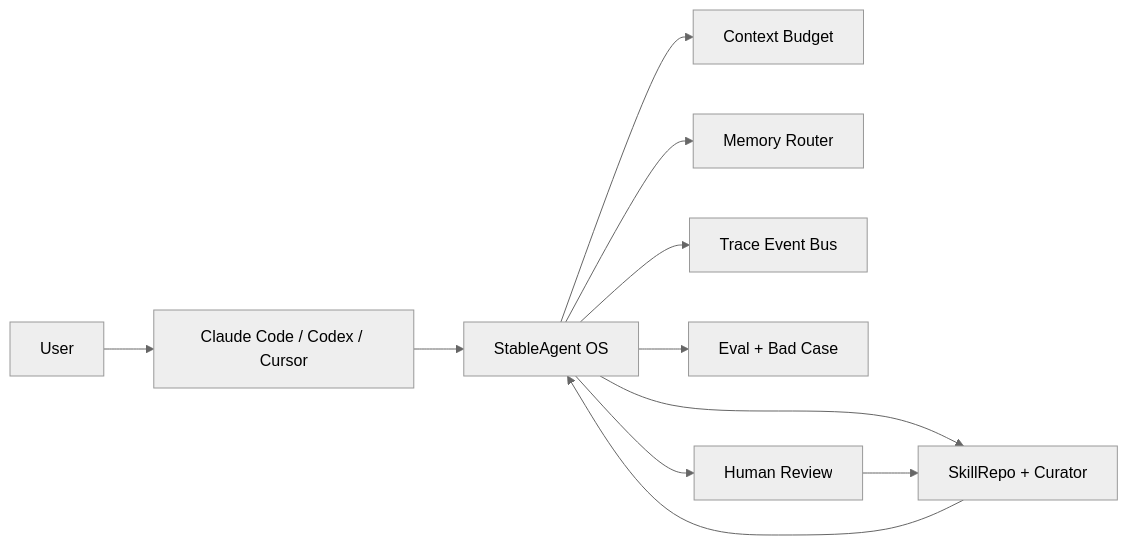
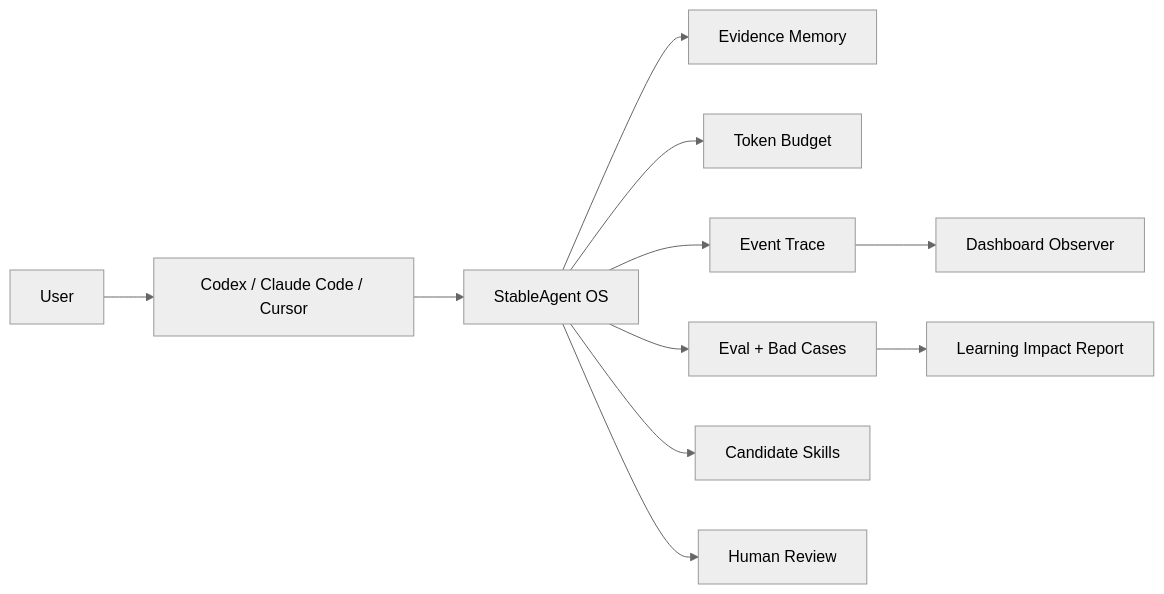
Before and after one commit to liuanye9-lab/OS-Agent: the first of 3 diagrams in README.md, drawn with Mermaid (neutral theme). The commit also changed other lines of this file and 3 other files, not shown here.

````diff
--- a/README.md
+++ b/README.md
@@ -181,13 +30,13 @@
 ```mermaid
 flowchart LR
-    User[User] --> Host[Claude Code / Codex / Cursor]
+    User[User] --> Host[Codex / Claude Code / Cursor]
     Host --> SA[StableAgent OS]
-    SA --> Context[Context Budget]
-    SA --> Memory[Memory Router]
-    SA --> Trace[Trace Event Bus]
-    SA --> Eval[Eval + Bad Case]
-    SA --> Skill[SkillRepo + Curator]
+    SA --> Memory[Evidence Memory]
+    SA --> Budget[Token Budget]
+    SA --> Trace[Event Trace]
+    SA --> Eval[Eval + Bad Cases]
+    SA --> Skill[Candidate Skills]
     SA --> Review[Human Review]
-    Review --> Skill
-    Skill --> SA
+    Trace --> Dashboard[Dashboard Observer]
+    Eval --> Impact[Learning Impact Report]
 ```
````
